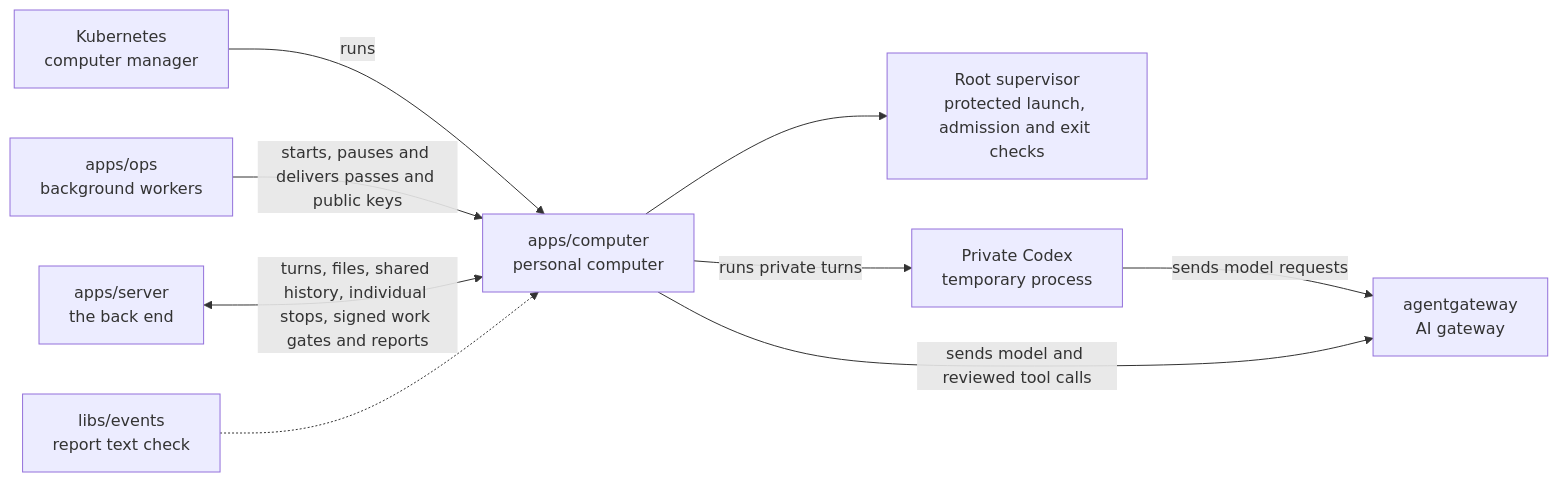
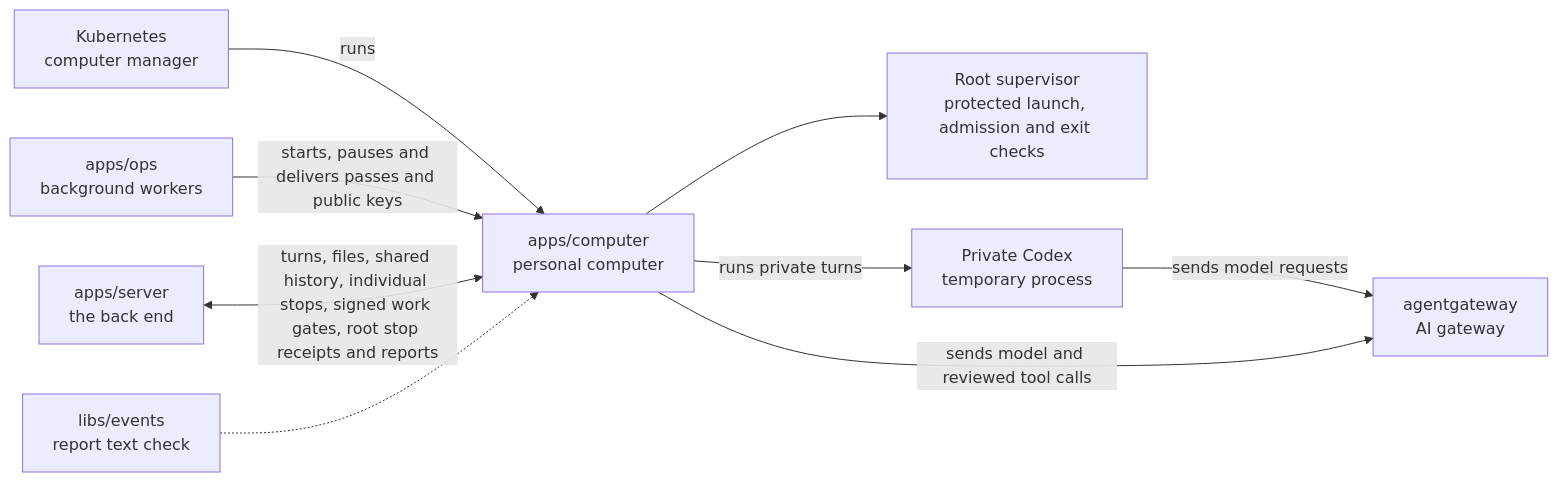
The diagram in apps/computer/README.md (elewa-git/opencrane-new), drawn with Mermaid before and after one commit. The commit also changed other lines of this file and 27 other files, not shown here.

Commit message:
⏸️ Save pausing after the bridge gate and root executor stop

````diff
--- a/apps/computer/README.md
+++ b/apps/computer/README.md
@@ -22,11 +22,11 @@
 ```mermaid
 flowchart LR
   kube["Kubernetes<br/>computer manager"] -->|runs| computer["apps/computer<br/>personal computer"]
   ops["apps/ops<br/>background workers"] -->|starts, pauses and delivers passes and public keys| computer
-  server["apps/server<br/>the back end"] <-->|turns, files, shared history, individual stops, signed work gates and reports| computer
+  server["apps/server<br/>the back end"] <-->|turns, files, shared history, individual stops, signed work gates, root stop receipts and reports| computer
   events["libs/events<br/>report text check"] -.-> computer
   computer --> supervisor["Root supervisor<br/>protected launch, admission and exit checks"]
   computer -->|runs private turns| private["Private Codex<br/>temporary process"]
   private -->|sends model requests| gateway
   computer -->|sends model and reviewed tool calls| gateway["agentgateway<br/>AI gateway"]
 ```
````
